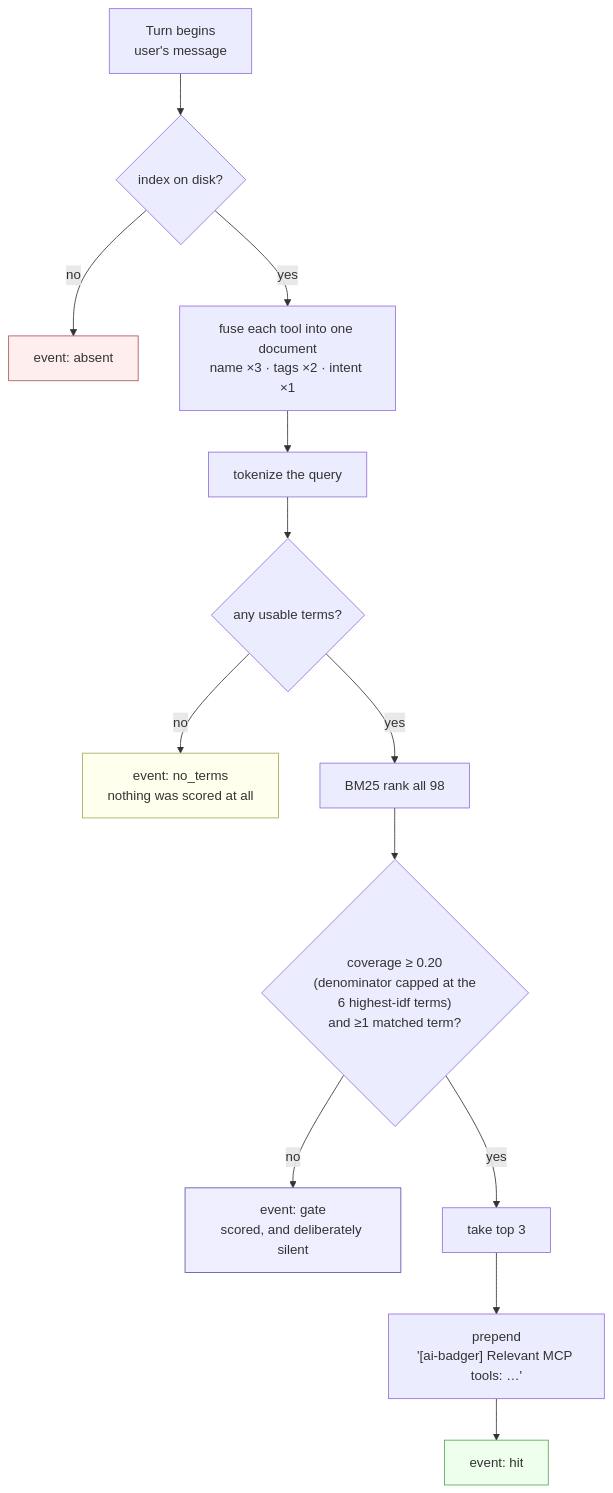
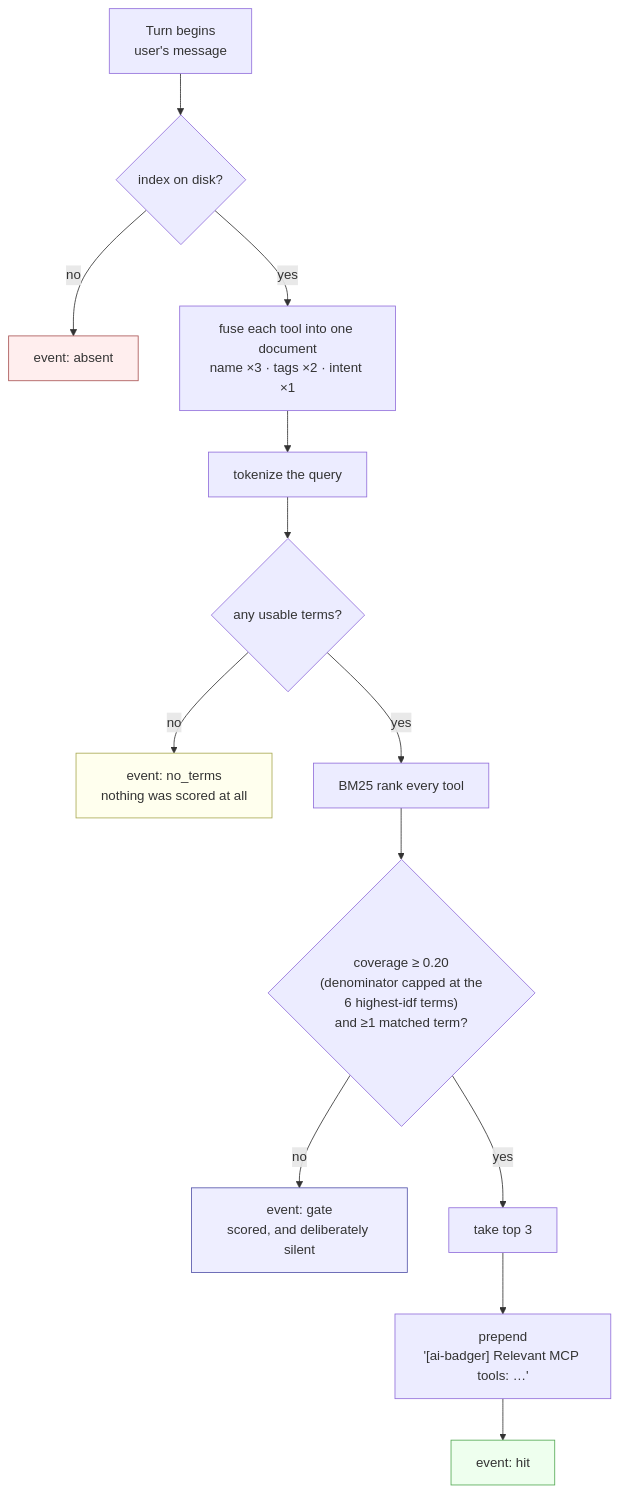
The second of 3 diagrams in docs/retrieval.md (Arasz/ai-badger), drawn with Mermaid before and after one commit. The commit also changed other lines of this file and 16 other files, not shown here.

````diff
--- a/docs/retrieval.md
+++ b/docs/retrieval.md
@@ -103,20 +101,20 @@
 ```mermaid
 flowchart TD
     A["Turn begins<br/>user's message"] --> B{"index on disk?"}
     B -- no --> E1["event: absent"]
     B -- yes --> F["fuse each tool into one document<br/>name ×3 · tags ×2 · intent ×1"]
     F --> C["tokenize the query"]
     C --> D{"any usable terms?"}
     D -- no --> E2["event: no_terms<br/>nothing was scored at all"]
-    D -- yes --> G["BM25 rank all 98"]
+    D -- yes --> G["BM25 rank every tool"]
     G --> H{"coverage ≥ 0.20<br/>(denominator capped at the<br/>6 highest-idf terms)<br/>and ≥1 matched term?"}
     H -- no --> E3["event: gate<br/>scored, and deliberately silent"]
     H -- yes --> I["take top 3"]
     I --> J["prepend<br/>'[ai-badger] Relevant MCP tools: …'"]
     J --> E4["event: hit"]
 
     style E1 fill:#fee,stroke:#a55
     style E2 fill:#ffe,stroke:#aa5
     style E3 fill:#eef,stroke:#55a
     style E4 fill:#efe,stroke:#5a5
 ```
````
